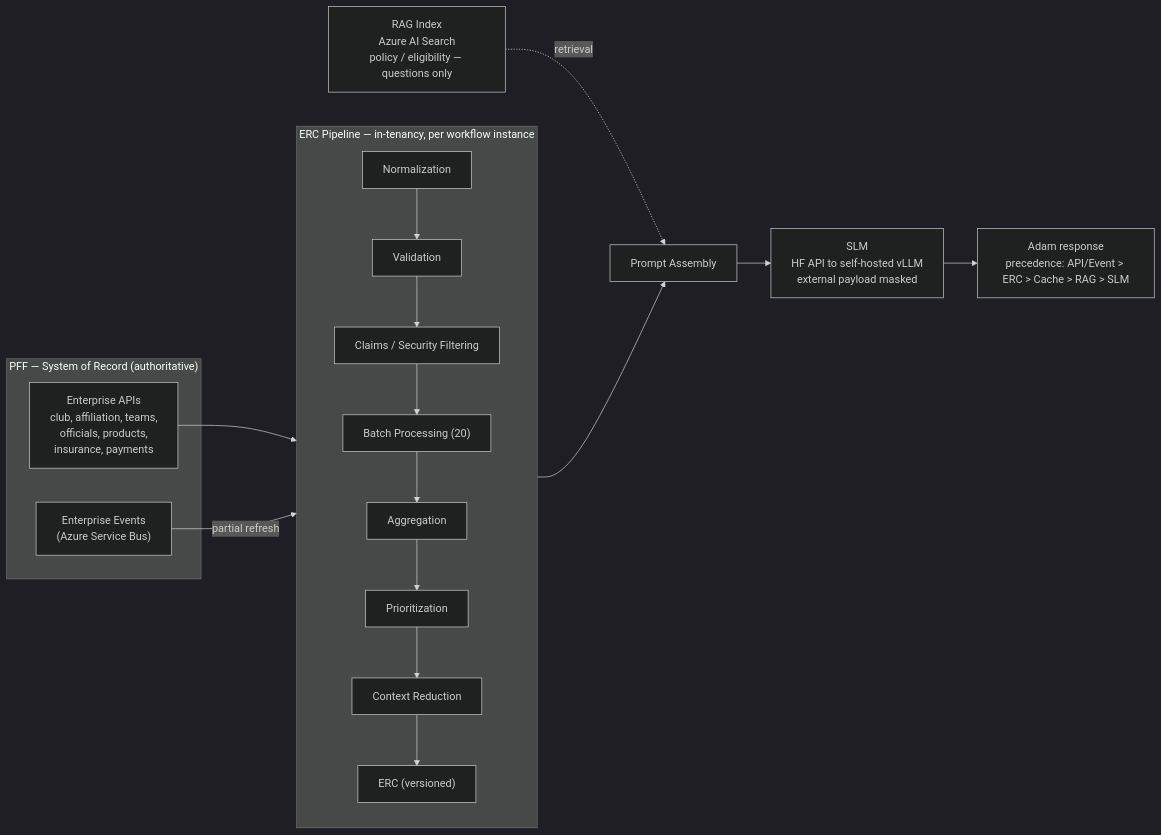
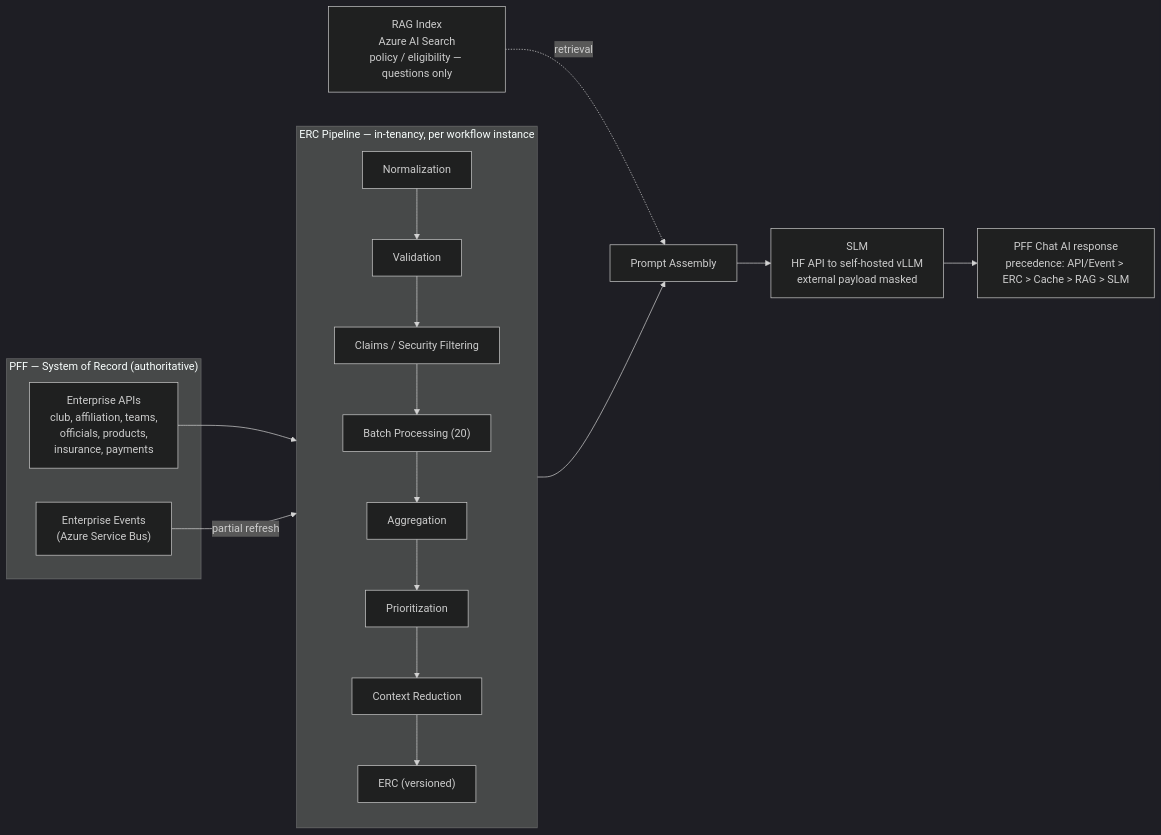
Before and after one commit to gobimca87/PF-FT: the second of 4 diagrams in docs/architecture/sad/PFF-AI-SAD.md, drawn with Mermaid (dark theme). The commit also changed other lines of this file and 1 other file, not shown here.

First line of the commit message:
docs(sad): rename chat name "Adam AI" to "PFF Chat AI"

````diff
--- a/docs/architecture/sad/PFF-AI-SAD.md
+++ b/docs/architecture/sad/PFF-AI-SAD.md
@@ -291,23 +291,23 @@
 ```mermaid
 flowchart LR
     subgraph SoR["PFF — System of Record (authoritative)"]
         API["Enterprise APIs<br/>club, affiliation, teams,<br/>officials, products,<br/>insurance, payments"]
         EVT["Enterprise Events<br/>(Azure Service Bus)"]
     end
 
     subgraph Pipe["ERC Pipeline — in-tenancy, per workflow instance"]
         direction TB
         N["Normalization"] --> V["Validation"] --> C["Claims / Security Filtering"]
         C --> B["Batch Processing (20)"] --> AG["Aggregation"] --> PR["Prioritization"] --> RD["Context Reduction"]
         RD --> ERCv["ERC (versioned)"]
     end
 
     RAG["RAG Index<br/>Azure AI Search<br/>policy / eligibility — questions only"]
 
     API --> N
     EVT -->|partial refresh| ERCv
     ERCv --> PA["Prompt Assembly"]
     RAG -. retrieval .-> PA
     PA --> SLM["SLM<br/>HF API to self-hosted vLLM<br/>external payload masked"]
-    SLM --> OUT["Adam response<br/>precedence: API/Event &gt; ERC &gt; Cache &gt; RAG &gt; SLM"]
+    SLM --> OUT["PFF Chat AI response<br/>precedence: API/Event &gt; ERC &gt; Cache &gt; RAG &gt; SLM"]
 ```
````
